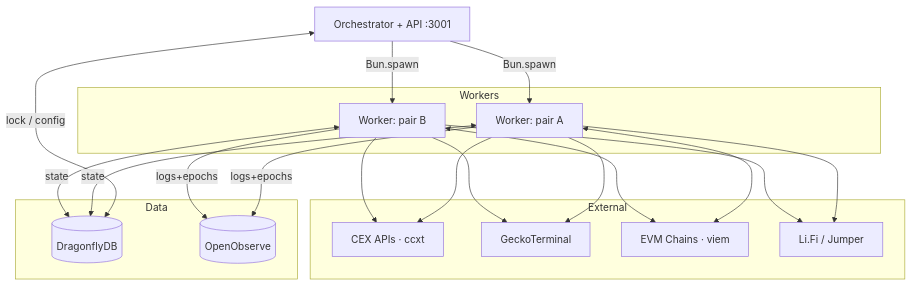
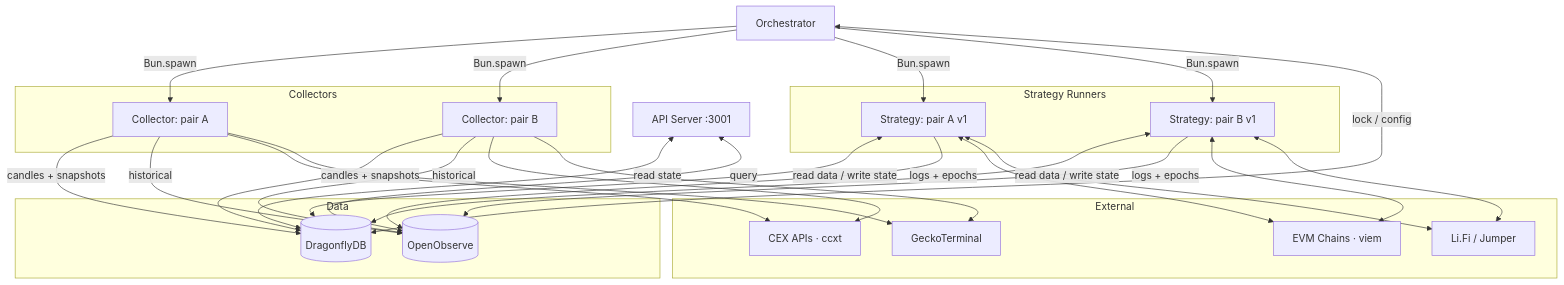
Before and after one commit to btr-supply/light-alm: the second of 2 diagrams in README.md, drawn with Mermaid. The commit also changed other lines of this file and 16 other files, not shown here.

````diff
--- a/README.md
+++ b/README.md
@@ -32,27 +42,36 @@
 ```mermaid
 graph TD
-    O[Orchestrator + API :3001] -->|Bun.spawn| W1 & W2
+    API[API Server :3001] <-->|read state| DF
+    API <-->|query| O2
+    O[Orchestrator] -->|Bun.spawn| C1 & C2 & S1 & S2
 
-    subgraph Workers
-        W1[Worker: pair A]
-        W2[Worker: pair B]
+    subgraph Collectors
+        C1[Collector: pair A]
+        C2[Collector: pair B]
+    end
+
+    subgraph Strategy Runners
+        S1[Strategy: pair A v1]
+        S2[Strategy: pair B v1]
     end
 
     subgraph Data
         DF[(DragonflyDB)]
         O2[(OpenObserve)]
     end
 
     subgraph External
         CEX[CEX APIs · ccxt]
         GECKO[GeckoTerminal]
         CHAINS[EVM Chains · viem]
         BRIDGE[Li.Fi / Jumper]
     end
 
     O <-->|lock / config| DF
-    W1 & W2 <-->|state| DF
-    W1 & W2 -->|logs+epochs| O2
-    W1 & W2 <--> CHAINS
-    W1 & W2 --> CEX & GECKO & BRIDGE
+    C1 & C2 -->|candles + snapshots| DF
+    C1 & C2 -->|historical| O2
+    C1 & C2 --> CEX & GECKO
+    S1 & S2 <-->|read data / write state| DF
+    S1 & S2 -->|logs + epochs| O2
+    S1 & S2 <--> CHAINS & BRIDGE
 ```
````
